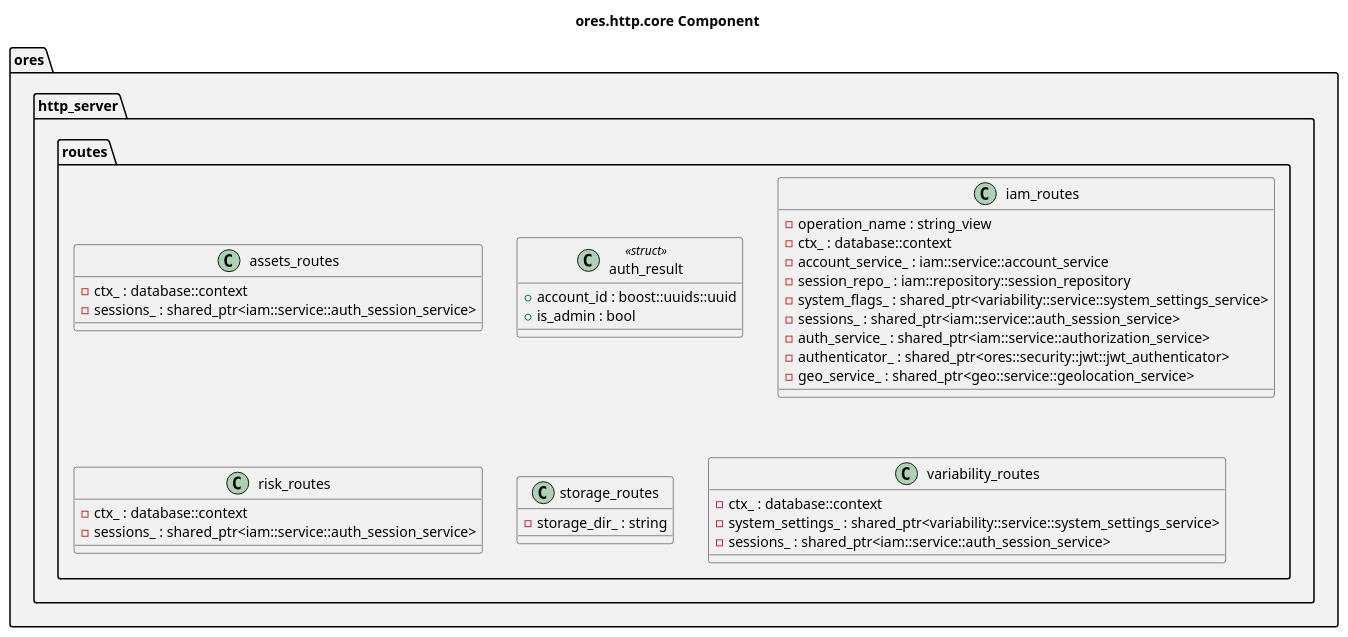
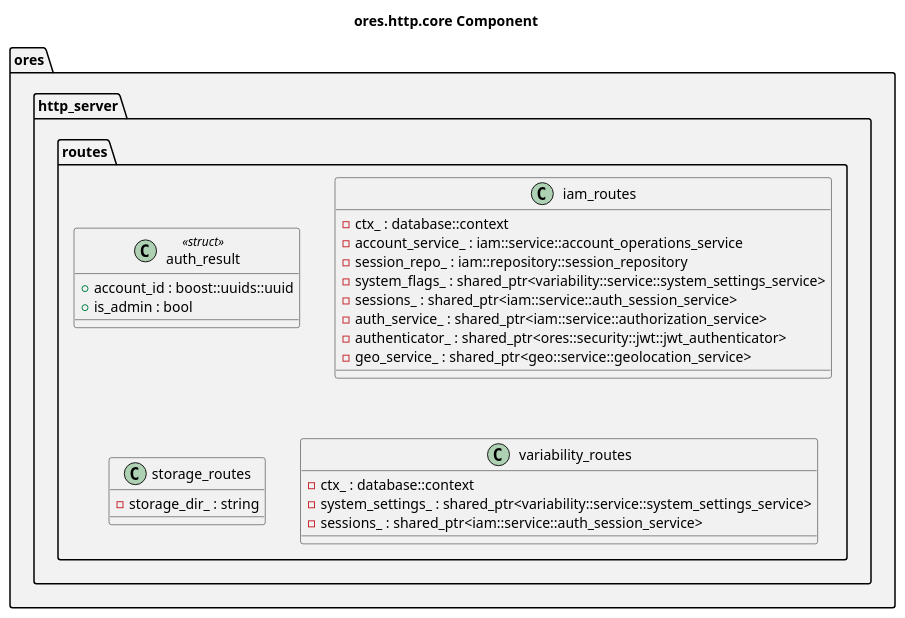
Before and after one commit to OreStudio/OreStudio: the diagram in projects/ores.http/core/modeling/ores.http.core.puml, drawn with PlantUML. The commit also changed 21 other files, not shown here.

First line of the commit message:
[http] Generate the currency routes and drop the misnamed risk group

```diff
--- a/projects/ores.http/core/modeling/ores.http.core.puml
+++ b/projects/ores.http/core/modeling/ores.http.core.puml
@@ -18,50 +18,41 @@
 @startuml
 
 title ores.http.core Component
 
 set namespaceSeparator ::
 
 namespace ores #F2F2F2 {
     namespace http_server #F2F2F2 {
         namespace routes #F2F2F2 {
-            class assets_routes {
-                -ctx_ : database::context
-                -sessions_ : shared_ptr<iam::service::auth_session_service>
-            }
             class auth_result <<struct>> {
                 +account_id : boost::uuids::uuid
                 +is_admin : bool
             }
             class iam_routes {
-                -operation_name : string_view
                 -ctx_ : database::context
-                -account_service_ : iam::service::account_service
+                -account_service_ : iam::service::account_operations_service
                 -session_repo_ : iam::repository::session_repository
                 -system_flags_ : shared_ptr<variability::service::system_settings_service>
                 -sessions_ : shared_ptr<iam::service::auth_session_service>
                 -auth_service_ : shared_ptr<iam::service::authorization_service>
                 -authenticator_ : shared_ptr<ores::security::jwt::jwt_authenticator>
                 -geo_service_ : shared_ptr<geo::service::geolocation_service>
-            }
-            class risk_routes {
-                -ctx_ : database::context
-                -sessions_ : shared_ptr<iam::service::auth_session_service>
             }
             class storage_routes {
                 -storage_dir_ : string
             }
             class variability_routes {
                 -ctx_ : database::context
                 -system_settings_ : shared_ptr<variability::service::system_settings_service>
                 -sessions_ : shared_ptr<iam::service::auth_session_service>
             }
         }
     }
 }
 
 ' --- manual: everything below this line is hand-authored; the script preserves it ---
 
 ' Local Variables:
 ' compile-command: "java -Djava.awt.headless=true -DPLANTUML_SECURITY_PROFILE=UNSECURE -DPLANTUML_LIMIT_SIZE=65535 -jar /usr/share/plantuml/plantuml.jar ores.http.core.puml"
 ' End:
 @enduml
```
